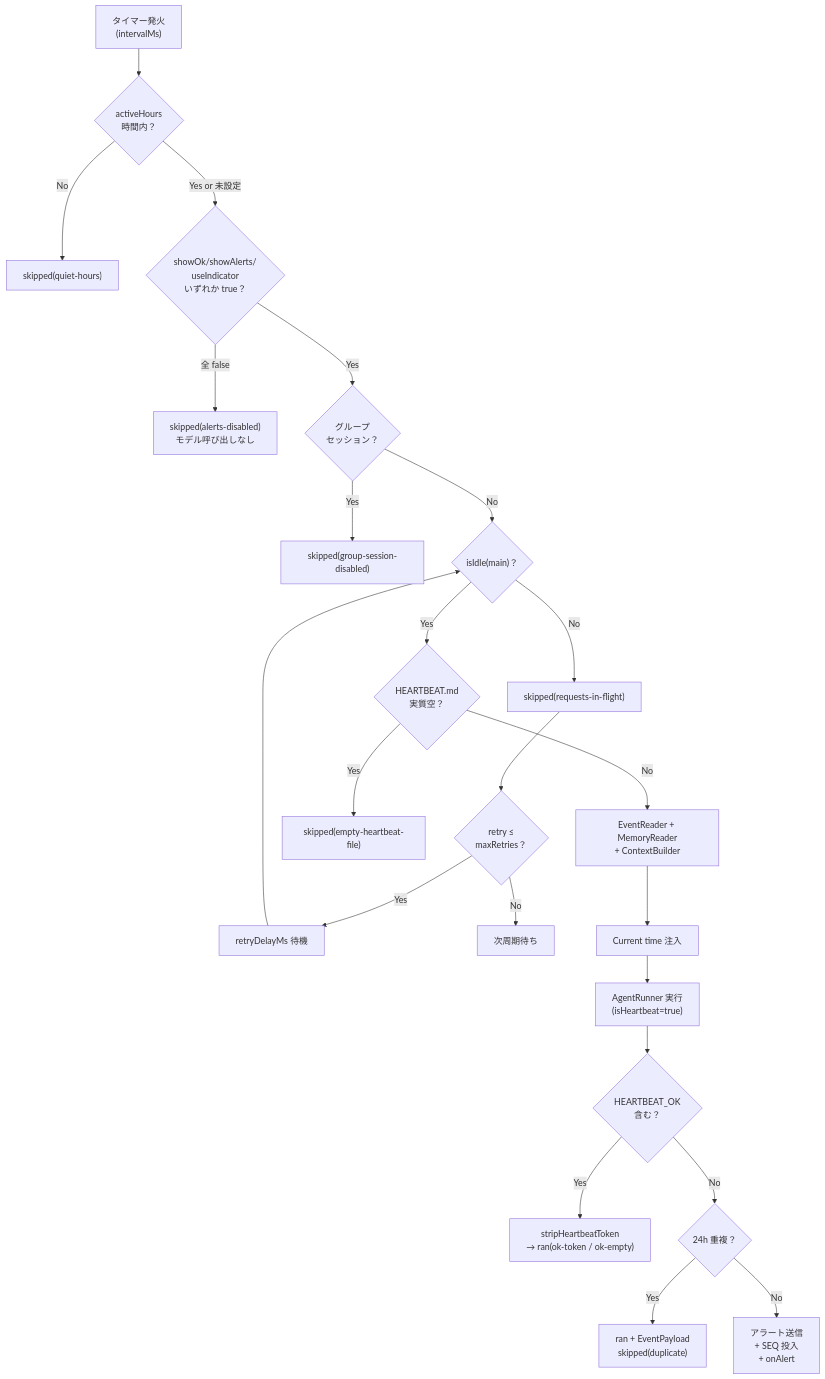
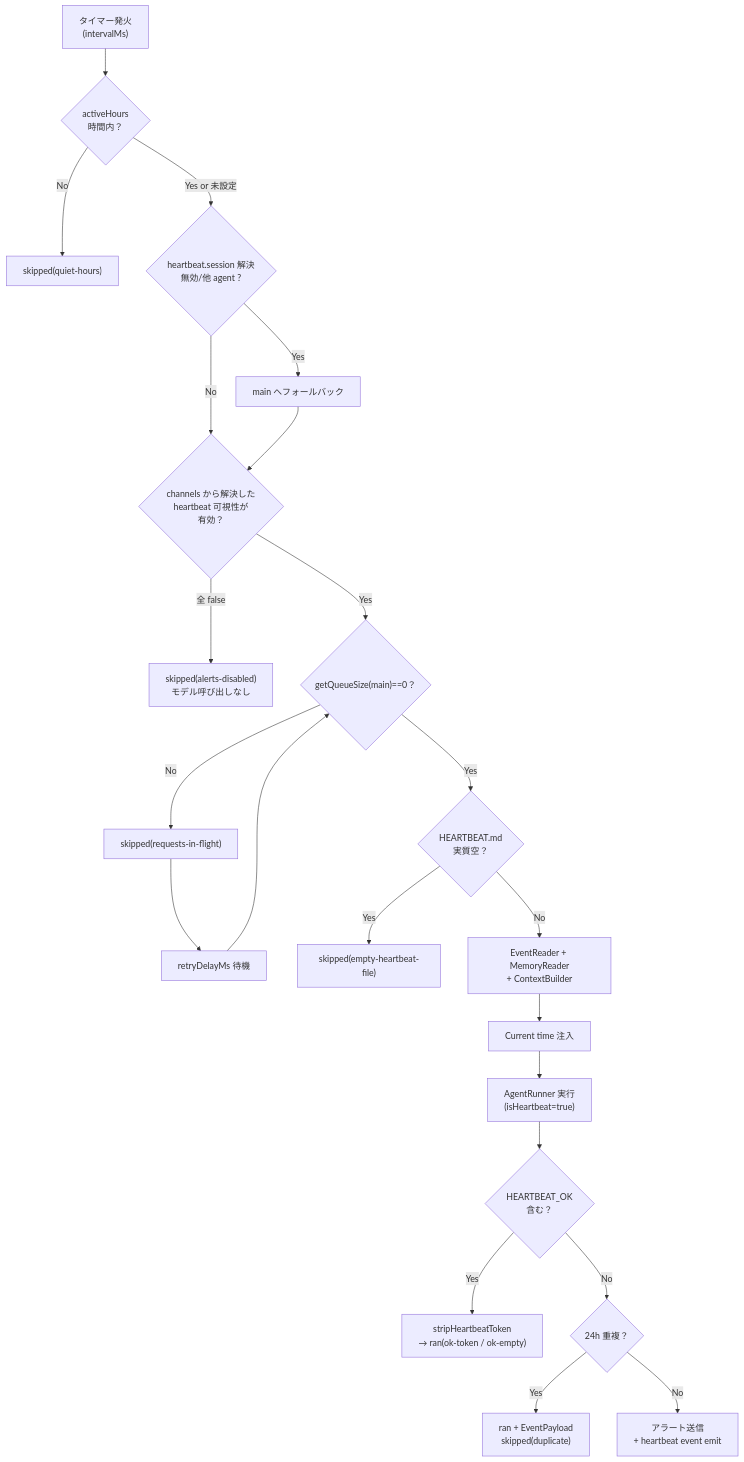
The fourth of 4 diagrams in doc/plan/260215-s02-ai-agent-heartbeat.md (masahide/adjutant), drawn with Mermaid before and after one commit. The commit also changed other lines of this file and 3 other files, not shown here.

````diff
--- a/doc/plan/260215-s02-ai-agent-heartbeat.md
+++ b/doc/plan/260215-s02-ai-agent-heartbeat.md
@@ -550,24 +529,23 @@
 ```mermaid
 flowchart TD
     A["タイマー発火<br/>(intervalMs)"] --> B{"activeHours<br/>時間内？"}
     B -->|No| C["skipped(quiet-hours)"]
-    B -->|"Yes or 未設定"| D{"showOk/showAlerts/<br/>useIndicator<br/>いずれか true？"}
+    B -->|"Yes or 未設定"| X{"heartbeat.session 解決<br/>無効/他 agent ?"}
+    X -->|Yes| X2["main へフォールバック"]
+    X -->|No| D{"channels から解決した<br/>heartbeat 可視性が<br/>有効？"}
+    X2 --> D
     D -->|全 false| E["skipped(alerts-disabled)<br/>モデル呼び出しなし"]
-    D -->|Yes| F{"グループ<br/>セッション？"}
-    F -->|Yes| G["skipped(group-session-disabled)"]
-    F -->|No| H{"isIdle(main)？"}
+    D -->|Yes| H{"getQueueSize(main)==0？"}
     H -->|No| I["skipped(requests-in-flight)"]
-    I --> J{"retry ≤<br/>maxRetries？"}
-    J -->|Yes| K["retryDelayMs 待機"] --> H
-    J -->|No| L["次周期待ち"]
+    I --> K["retryDelayMs 待機"] --> H
     H -->|Yes| M{"HEARTBEAT.md<br/>実質空？"}
     M -->|Yes| N["skipped(empty-heartbeat-file)"]
     M -->|No| O["EventReader + MemoryReader<br/>+ ContextBuilder"]
     O --> P["Current time 注入"]
     P --> Q["AgentRunner 実行<br/>(isHeartbeat=true)"]
     Q --> R{"HEARTBEAT_OK<br/>含む？"}
     R -->|Yes| S["stripHeartbeatToken<br/>→ ran(ok-token / ok-empty)"]
     R -->|No| T{"24h 重複？"}
     T -->|Yes| U["ran + EventPayload<br/>skipped(duplicate)"]
-    T -->|No| V["アラート送信<br/>+ SEQ 投入<br/>+ onAlert"]
+    T -->|No| V["アラート送信<br/>+ heartbeat event emit"]
 ```
````
